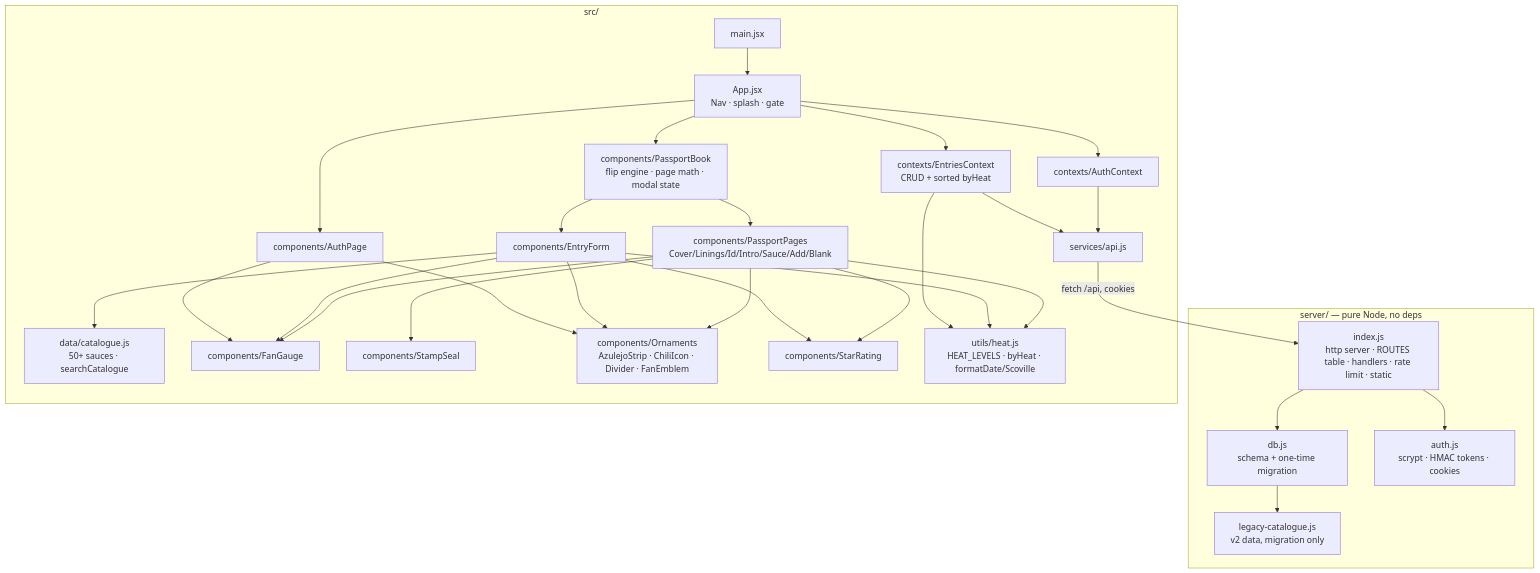
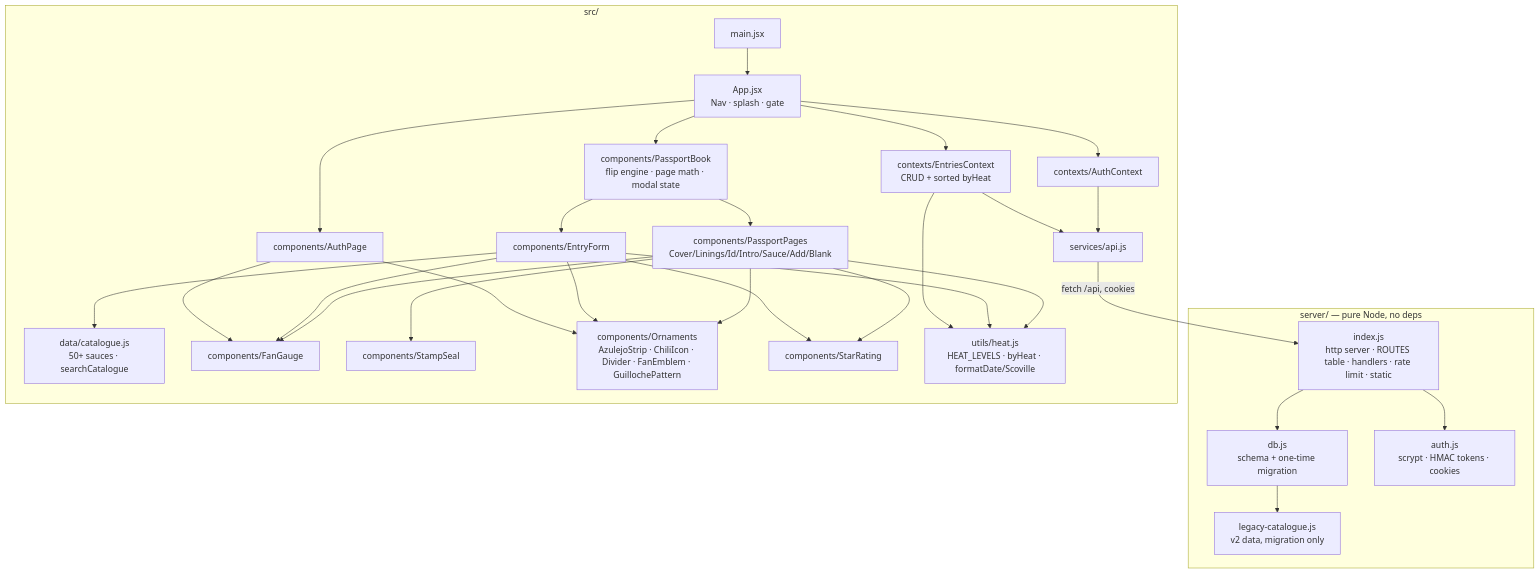
One commit to jbol/hot-sauce-rater changed the diagram in CLAUDE.md. Above: the diagram before and after it, drawn with Mermaid. The commit also changed 9 other files, not shown here.

````diff
--- a/CLAUDE.md
+++ b/CLAUDE.md
@@ -24,24 +24,24 @@
 ```mermaid
 graph TD
   subgraph server [server/ — pure Node, no deps]
     IDX[index.js<br/>http server · ROUTES table · handlers · rate limit · static] --> DB[db.js<br/>schema + one-time migration]
     IDX --> AUTH[auth.js<br/>scrypt · HMAC tokens · cookies]
     DB --> LEG[legacy-catalogue.js<br/>v2 data, migration only]
   end
   subgraph frontend [src/]
     MAIN[main.jsx] --> APP[App.jsx<br/>Nav · splash · gate]
     APP --> AC[contexts/AuthContext]
     APP --> AP[components/AuthPage]
     APP --> EC[contexts/EntriesContext<br/>CRUD + sorted byHeat]
     APP --> PB[components/PassportBook<br/>flip engine · page math · modal state]
     PB --> PP[components/PassportPages<br/>Cover/Linings/Id/Intro/Sauce/Add/Blank]
     PB --> EF[components/EntryForm]
     EF --> CAT[data/catalogue.js<br/>50+ sauces · searchCatalogue]
     AC & EC --> API[services/api.js] -->|fetch /api, cookies| IDX
     PP & EF & AP --> FG[components/FanGauge]
     PP --> SS[components/StampSeal]
-    PP & EF & AP --> OR[components/Ornaments<br/>AzulejoStrip · ChiliIcon · Divider · FanEmblem]
+    PP & EF & AP --> OR[components/Ornaments<br/>AzulejoStrip · ChiliIcon · Divider · FanEmblem · GuillochePattern]
     PP & EF --> SR[components/StarRating]
     PP & EF & EC --> HU[utils/heat.js<br/>HEAT_LEVELS · byHeat · formatDate/Scoville]
   end
 ```
````
